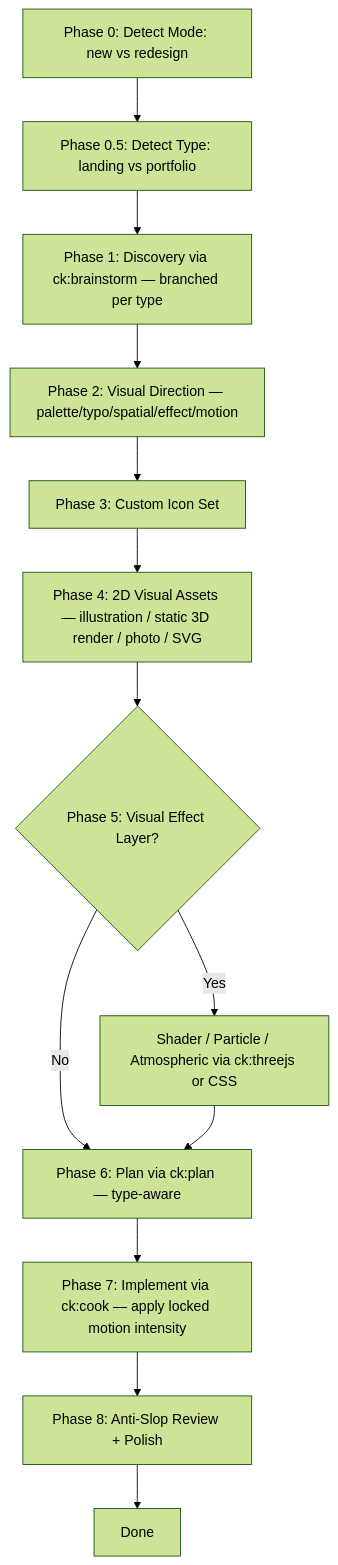
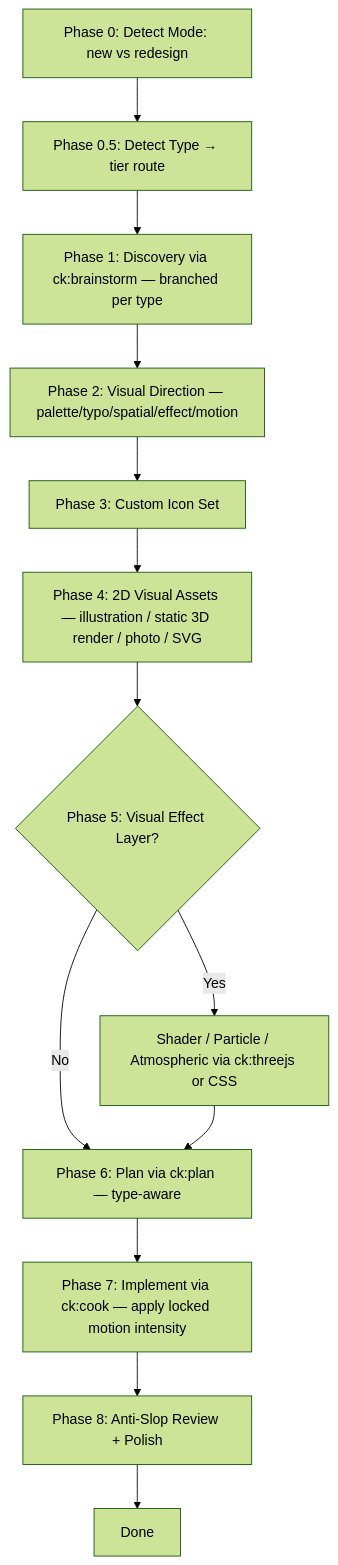
Before and after one commit to dris1153/perfect-ui: the diagram in SKILL.md, drawn with Mermaid (forest theme). The commit also changed other lines of this file and 13 other files, not shown here.

Commit message:
feat: open scope beyond landing/portfolio (v2.1.0)

````diff
--- a/SKILL.md
+++ b/SKILL.md
@@ -45,15 +63,15 @@
 ```mermaid
 flowchart TD
-    M[Phase 0: Detect Mode: new vs redesign] --> T[Phase 0.5: Detect Type: landing vs portfolio]
+    M[Phase 0: Detect Mode: new vs redesign] --> T[Phase 0.5: Detect Type → tier route]
     T --> B[Phase 1: Discovery via ck:brainstorm — branched per type]
     B --> C[Phase 2: Visual Direction — palette/typo/spatial/effect/motion]
     C --> D[Phase 3: Custom Icon Set]
     D --> E[Phase 4: 2D Visual Assets — illustration / static 3D render / photo / SVG]
     E --> F{Phase 5: Visual Effect Layer?}
     F -->|Yes| G[Shader / Particle / Atmospheric via ck:threejs or CSS]
     F -->|No| H[Phase 6: Plan via ck:plan — type-aware]
     G --> H
     H --> I[Phase 7: Implement via ck:cook — apply locked motion intensity]
     I --> J[Phase 8: Anti-Slop Review + Polish]
     J --> K[Done]
 ```
````
